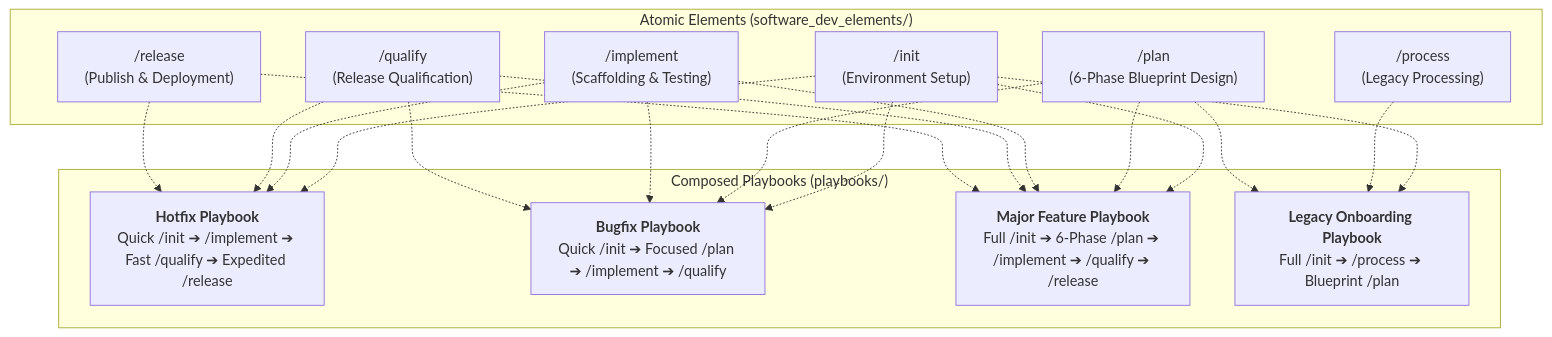
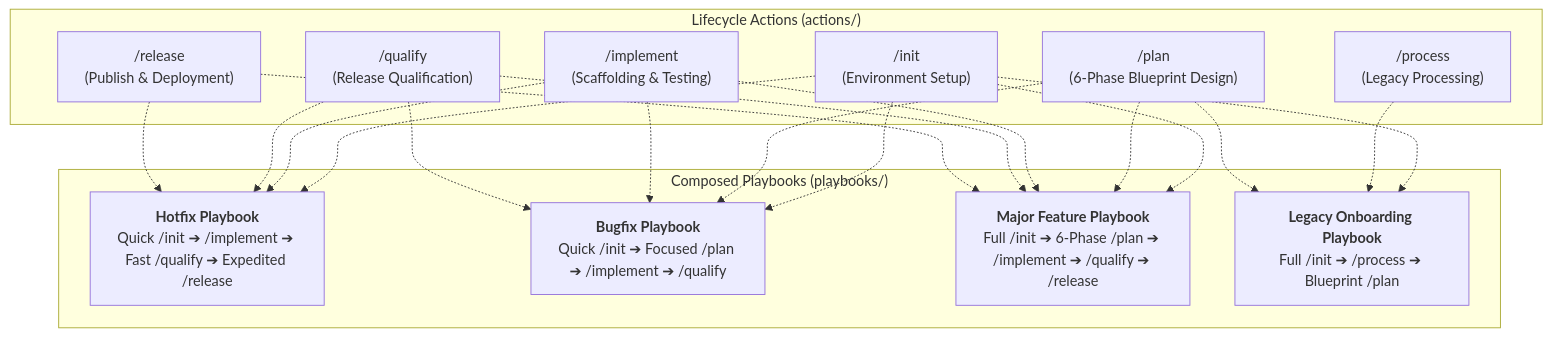
One commit to hrvthgergo/agent-driven-templates changed the diagram in README.md. Above: the diagram before and after it, drawn with Mermaid. The commit also changed other lines of this file and 88 other files, not shown here.

````diff
--- a/README.md
+++ b/README.md
@@ -111,38 +129,38 @@
 ```mermaid
 graph TD
-    subgraph "Atomic Elements (software_dev_elements/)"
+    subgraph "Lifecycle Actions (actions/)"
         Init["/init<br/>(Environment Setup)"]
         Process["/process<br/>(Legacy Processing)"]
         Plan["/plan<br/>(6-Phase Blueprint Design)"]
         Implement["/implement<br/>(Scaffolding & Testing)"]
         Qualify["/qualify<br/>(Release Qualification)"]
         Release["/release<br/>(Publish & Deployment)"]
     end
 
     subgraph "Composed Playbooks (playbooks/)"
         Hotfix["<b>Hotfix Playbook</b><br/>Quick /init ➔ /implement ➔ Fast /qualify ➔ Expedited /release"]
         Bugfix["<b>Bugfix Playbook</b><br/>Quick /init ➔ Focused /plan ➔ /implement ➔ /qualify"]
         Feature["<b>Major Feature Playbook</b><br/>Full /init ➔ 6-Phase /plan ➔ /implement ➔ /qualify ➔ /release"]
         Legacy["<b>Legacy Onboarding Playbook</b><br/>Full /init ➔ /process ➔ Blueprint /plan"]
     end
 
     Init -.-> Hotfix
     Implement -.-> Hotfix
     Qualify -.-> Hotfix
     Release -.-> Hotfix
 
     Init -.-> Bugfix
     Plan -.-> Bugfix
     Implement -.-> Bugfix
     Qualify -.-> Bugfix
 
     Init -.-> Feature
     Plan -.-> Feature
     Implement -.-> Feature
     Qualify -.-> Feature
     Release -.-> Feature
 
     Init -.-> Legacy
     Process -.-> Legacy
     Plan -.-> Legacy
 ```
````
